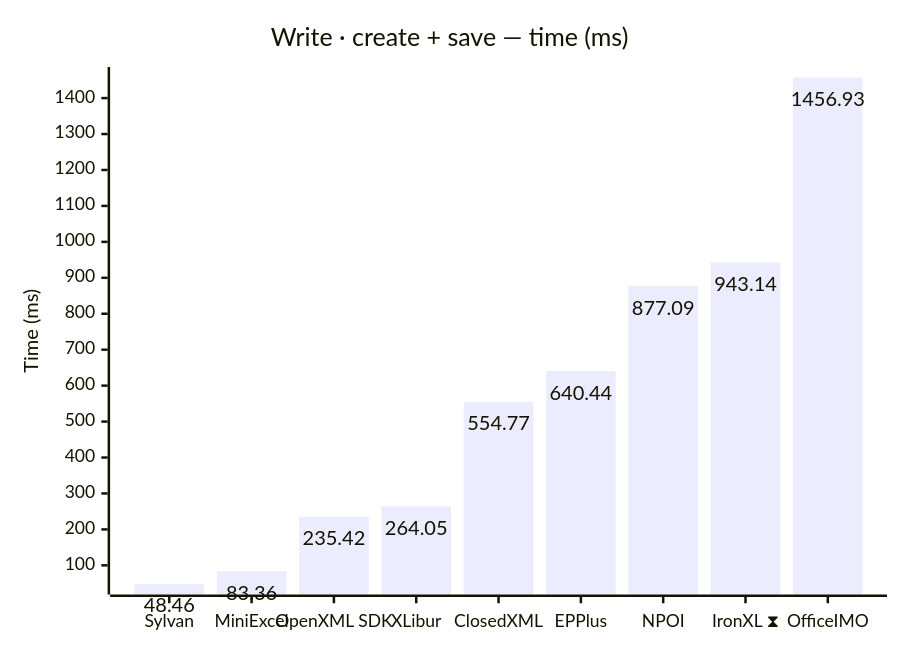
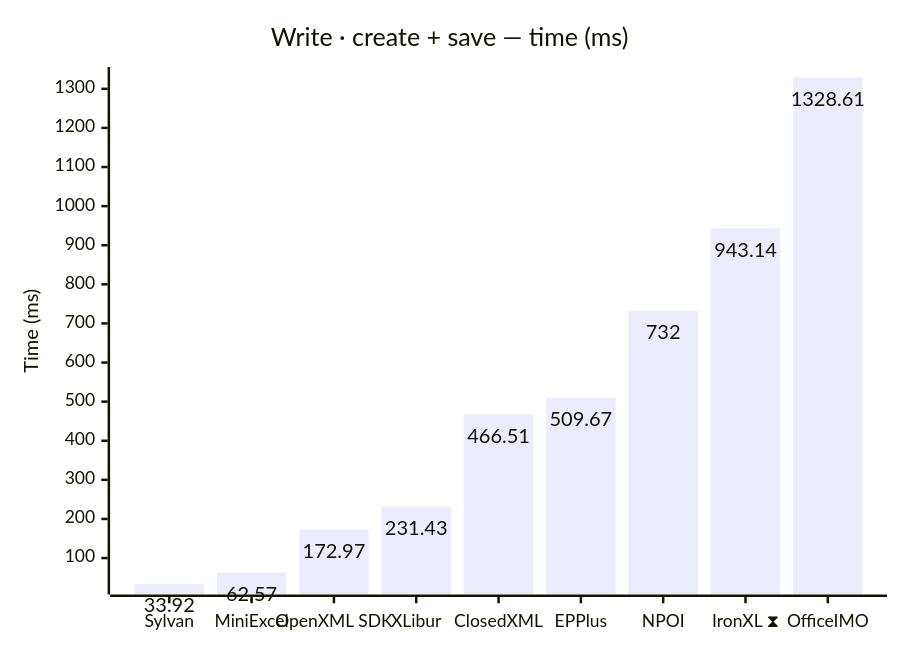
Before and after one commit to jafin/XLBench: the seventh of 18 diagrams in docs/results-ci.md, drawn with Mermaid. The commit also changed other lines of this file, not shown here.

````diff
--- a/docs/results-ci.md
+++ b/docs/results-ci.md
@@ -121,12 +121,12 @@
 ```mermaid
 ---
 config:
   xyChart:
     showDataLabel: true
 ---
 xychart-beta
     title "Write · create + save — time (ms)"
     x-axis ["Sylvan", "MiniExcel", "OpenXML SDK", "XLibur", "ClosedXML", "EPPlus", "NPOI", "IronXL ⧗", "OfficeIMO"]
     y-axis "Time (ms)"
-    bar [48.46, 83.36, 235.42, 264.05, 554.77, 640.44, 877.09, 943.14, 1456.93]
+    bar [33.92, 62.57, 172.97, 231.43, 466.51, 509.67, 732, 943.14, 1328.61]
 ```
````
